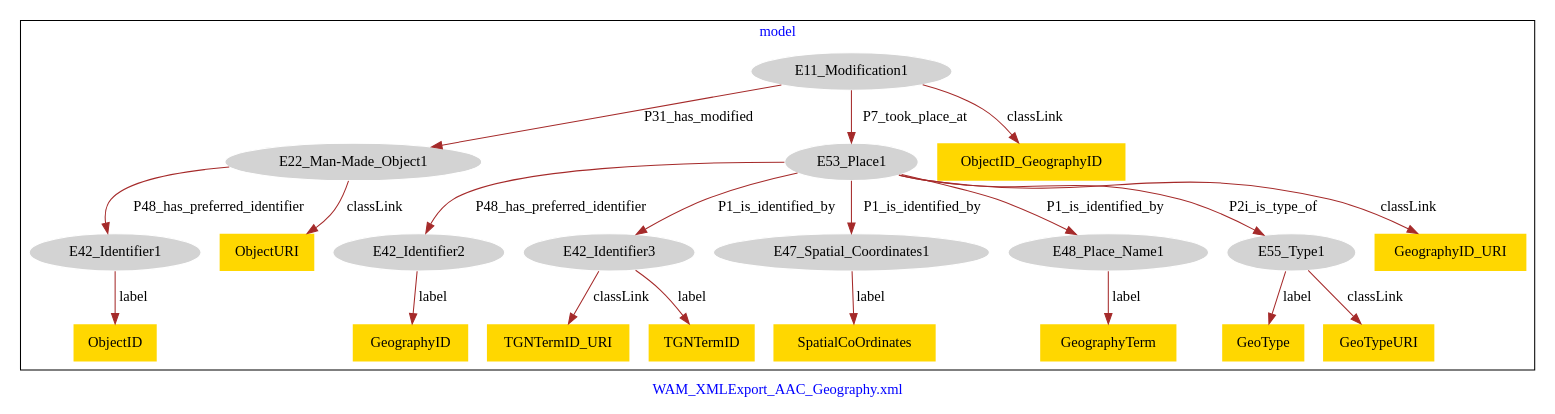
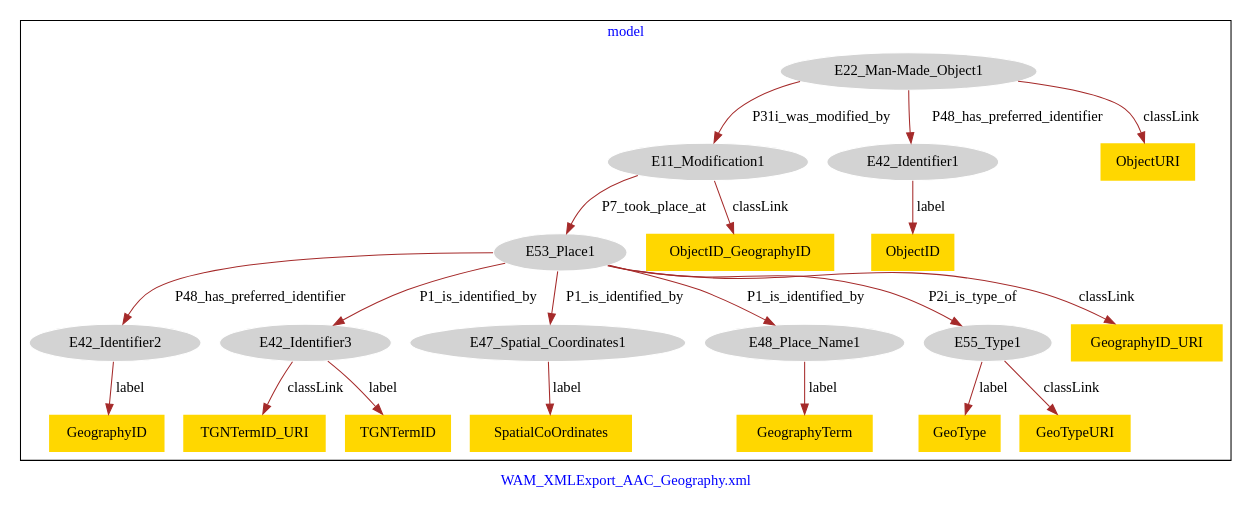
The diagram in WAM_XMLExport_AAC_Geography/WAM_XMLExport_AAC_Geography-Place_of_Binding-model.dot (american-art/wam), drawn with Graphviz before and after one commit. The commit also changed 9 other files, not shown here.

Commit message:
Semantic Model of AAC_Geography updated with Place of Binding changes to be consistent with Place of Origin and Place Depicted models

```diff
--- a/WAM_XMLExport_AAC_Geography/WAM_XMLExport_AAC_Geography-Place_of_Binding-model.dot
+++ b/WAM_XMLExport_AAC_Geography/WAM_XMLExport_AAC_Geography-Place_of_Binding-model.dot
@@ -1,47 +1,47 @@
 digraph n0 {
 fontcolor="blue"
 remincross="true"
 label="WAM_XMLExport_AAC_Geography.xml"
 subgraph cluster {
 label="model"
 n2[style="filled",color="white",fillcolor="lightgray",label="E11_Modification1"];
-n3[style="filled",color="white",fillcolor="lightgray",label="E22_Man-Made_Object1"];
-n4[style="filled",color="white",fillcolor="lightgray",label="E53_Place1"];
+n3[style="filled",color="white",fillcolor="lightgray",label="E53_Place1"];
+n4[style="filled",color="white",fillcolor="lightgray",label="E22_Man-Made_Object1"];
 n5[style="filled",color="white",fillcolor="lightgray",label="E42_Identifier1"];
 n6[style="filled",color="white",fillcolor="lightgray",label="E42_Identifier2"];
 n7[style="filled",color="white",fillcolor="lightgray",label="E42_Identifier3"];
 n8[style="filled",color="white",fillcolor="lightgray",label="E47_Spatial_Coordinates1"];
 n9[style="filled",color="white",fillcolor="lightgray",label="E48_Place_Name1"];
 n10[style="filled",color="white",fillcolor="lightgray",label="E55_Type1"];
-n11[shape="plaintext",style="filled",fillcolor="gold",label="ObjectID"];
-n12[shape="plaintext",style="filled",fillcolor="gold",label="GeoType"];
-n13[shape="plaintext",style="filled",fillcolor="gold",label="TGNTermID_URI"];
-n14[shape="plaintext",style="filled",fillcolor="gold",label="GeographyID"];
-n15[shape="plaintext",style="filled",fillcolor="gold",label="GeoTypeURI"];
-n16[shape="plaintext",style="filled",fillcolor="gold",label="ObjectURI"];
-n17[shape="plaintext",style="filled",fillcolor="gold",label="SpatialCoOrdinates"];
-n18[shape="plaintext",style="filled",fillcolor="gold",label="ObjectID_GeographyID"];
+n11[shape="plaintext",style="filled",fillcolor="gold",label="GeoType"];
+n12[shape="plaintext",style="filled",fillcolor="gold",label="ObjectID"];
+n13[shape="plaintext",style="filled",fillcolor="gold",label="SpatialCoOrdinates"];
+n14[shape="plaintext",style="filled",fillcolor="gold",label="ObjectURI"];
+n15[shape="plaintext",style="filled",fillcolor="gold",label="GeographyID"];
+n16[shape="plaintext",style="filled",fillcolor="gold",label="GeographyTerm"];
+n17[shape="plaintext",style="filled",fillcolor="gold",label="TGNTermID_URI"];
+n18[shape="plaintext",style="filled",fillcolor="gold",label="GeoTypeURI"];
 n19[shape="plaintext",style="filled",fillcolor="gold",label="TGNTermID"];
 n20[shape="plaintext",style="filled",fillcolor="gold",label="GeographyID_URI"];
-n21[shape="plaintext",style="filled",fillcolor="gold",label="GeographyTerm"];
+n21[shape="plaintext",style="filled",fillcolor="gold",label="ObjectID_GeographyID"];
 }
-n2 -> n3[color="brown",fontcolor="black",label="P31_has_modified"]
-n2 -> n4[color="brown",fontcolor="black",label="P7_took_place_at"]
-n3 -> n5[color="brown",fontcolor="black",label="P48_has_preferred_identifier"]
-n4 -> n6[color="brown",fontcolor="black",label="P48_has_preferred_identifier"]
-n4 -> n7[color="brown",fontcolor="black",label="P1_is_identified_by"]
-n4 -> n8[color="brown",fontcolor="black",label="P1_is_identified_by"]
-n4 -> n9[color="brown",fontcolor="black",label="P1_is_identified_by"]
-n4 -> n10[color="brown",fontcolor="black",label="P2i_is_type_of"]
-n5 -> n11[color="brown",fontcolor="black",label="label"]
-n10 -> n12[color="brown",fontcolor="black",label="label"]
-n7 -> n13[color="brown",fontcolor="black",label="classLink"]
-n6 -> n14[color="brown",fontcolor="black",label="label"]
-n10 -> n15[color="brown",fontcolor="black",label="classLink"]
-n3 -> n16[color="brown",fontcolor="black",label="classLink"]
-n8 -> n17[color="brown",fontcolor="black",label="label"]
-n2 -> n18[color="brown",fontcolor="black",label="classLink"]
+n2 -> n3[color="brown",fontcolor="black",label="P7_took_place_at"]
+n4 -> n2[color="brown",fontcolor="black",label="P31i_was_modified_by"]
+n4 -> n5[color="brown",fontcolor="black",label="P48_has_preferred_identifier"]
+n3 -> n6[color="brown",fontcolor="black",label="P48_has_preferred_identifier"]
+n3 -> n7[color="brown",fontcolor="black",label="P1_is_identified_by"]
+n3 -> n8[color="brown",fontcolor="black",label="P1_is_identified_by"]
+n3 -> n9[color="brown",fontcolor="black",label="P1_is_identified_by"]
+n3 -> n10[color="brown",fontcolor="black",label="P2i_is_type_of"]
+n10 -> n11[color="brown",fontcolor="black",label="label"]
+n5 -> n12[color="brown",fontcolor="black",label="label"]
+n8 -> n13[color="brown",fontcolor="black",label="label"]
+n4 -> n14[color="brown",fontcolor="black",label="classLink"]
+n6 -> n15[color="brown",fontcolor="black",label="label"]
+n9 -> n16[color="brown",fontcolor="black",label="label"]
+n7 -> n17[color="brown",fontcolor="black",label="classLink"]
+n10 -> n18[color="brown",fontcolor="black",label="classLink"]
 n7 -> n19[color="brown",fontcolor="black",label="label"]
-n4 -> n20[color="brown",fontcolor="black",label="classLink"]
-n9 -> n21[color="brown",fontcolor="black",label="label"]
+n3 -> n20[color="brown",fontcolor="black",label="classLink"]
+n2 -> n21[color="brown",fontcolor="black",label="classLink"]
 }
```
